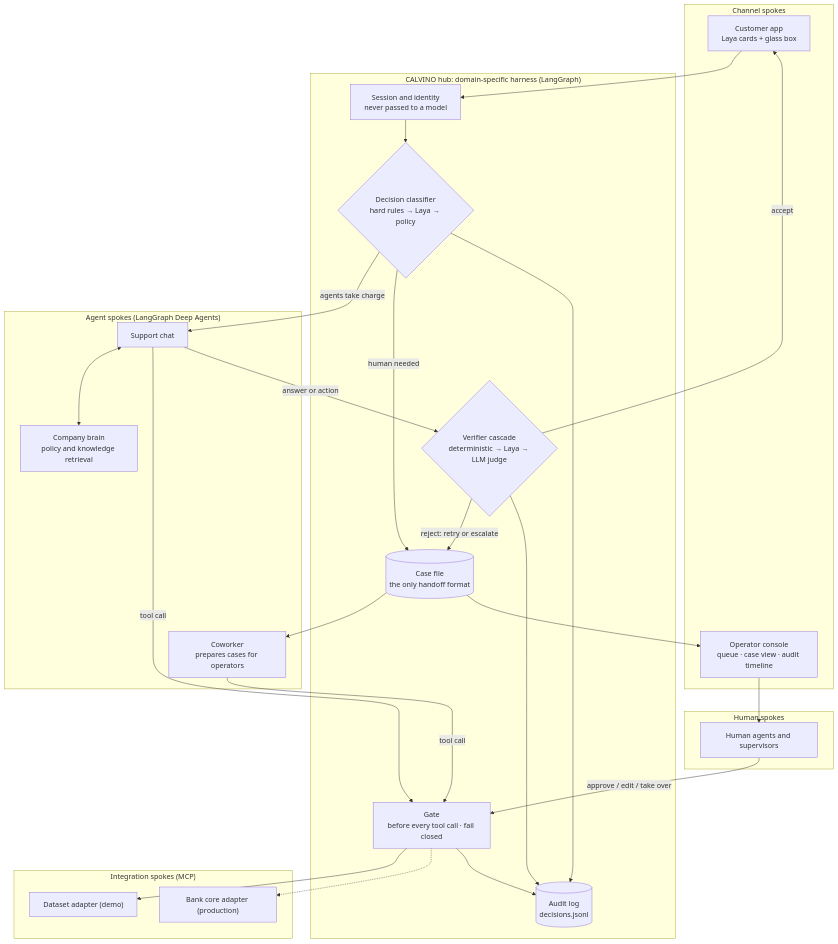
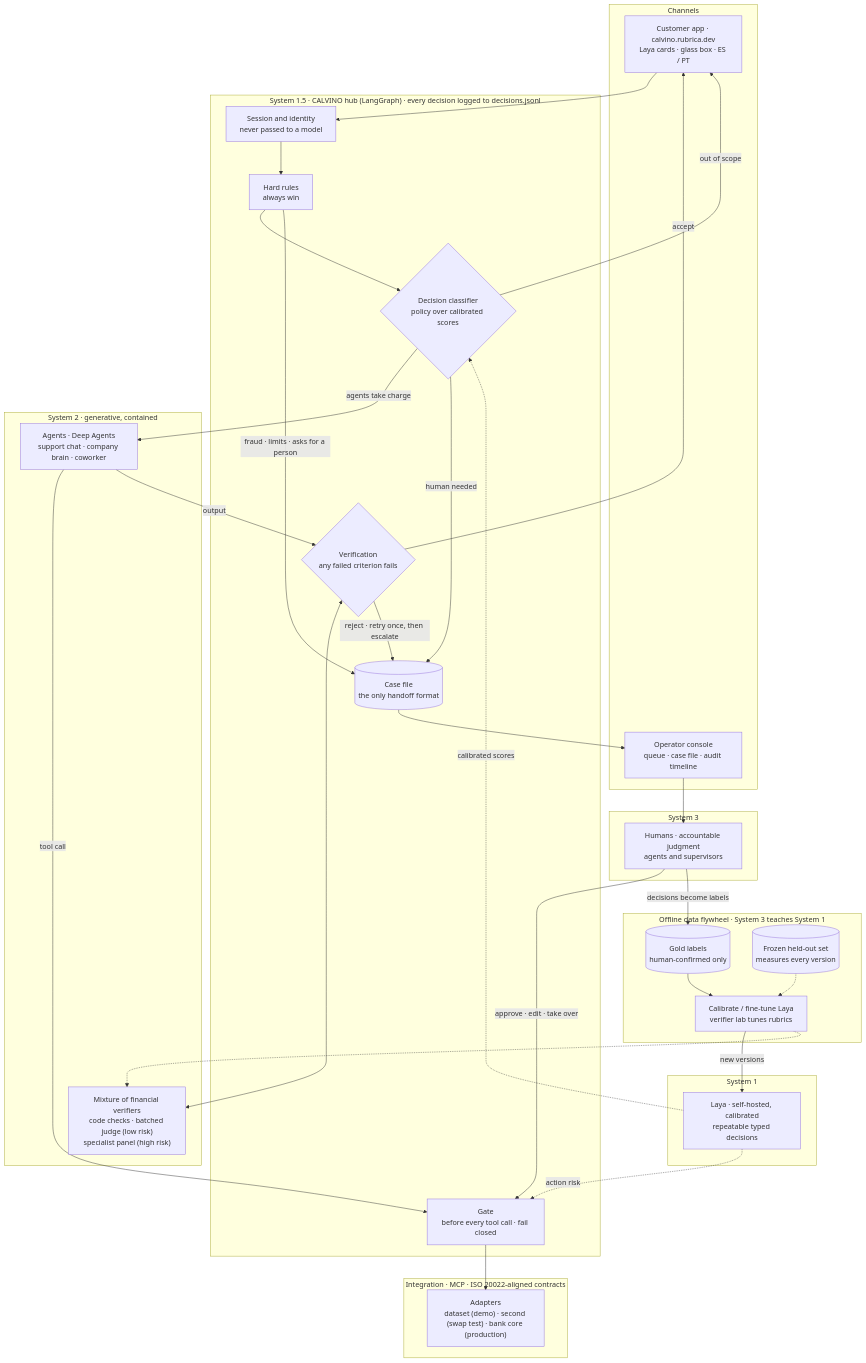
Before and after one commit to moebious/factored-hackathon-2026-calvino: the first of 2 diagrams in docs/DESIGN.md, drawn with Mermaid.

Commit message:
docs(design): show systems 1 to 3 in the architecture diagram
Replaces the hub diagram with one that shows Laya as System 1, the hub
as System 1.5, agents with the mixture of verifiers as System 2, humans
as System 3, MCP integration and the offline data flywheel.

````diff
--- a/docs/DESIGN.md
+++ b/docs/DESIGN.md
@@ -84,47 +84,59 @@
 ```mermaid
 flowchart TB
-    subgraph CH["Channel spokes"]
-        CA["Customer app<br/>Laya cards + glass box"]
-        OC["Operator console<br/>queue · case view · audit timeline"]
+    subgraph CH["Channels"]
+        CA["Customer app · calvino.rubrica.dev<br/>Laya cards · glass box · ES / PT"]
+        OC["Operator console<br/>queue · case file · audit timeline"]
     end
 
-    subgraph HUB["CALVINO hub: domain-specific harness (LangGraph)"]
+    subgraph S15["System 1.5 · CALVINO hub (LangGraph) · every decision logged to decisions.jsonl"]
         ID["Session and identity<br/>never passed to a model"]
-        DC{"Decision classifier<br/>hard rules → Laya → policy"}
+        HR["Hard rules<br/>always win"]
+        DC{"Decision classifier<br/>policy over calibrated scores"}
         GATE["Gate<br/>before every tool call · fail closed"]
-        VER{"Verifier cascade<br/>deterministic → Laya → LLM judge"}
+        VER{"Verification<br/>any failed criterion fails"}
         CASE[("Case file<br/>the only handoff format")]
-        LOG[("Audit log<br/>decisions.jsonl")]
     end
 
-    subgraph AG["Agent spokes (LangGraph Deep Agents)"]
-        SC["Support chat"]
-        CB["Company brain<br/>policy and knowledge retrieval"]
-        CW["Coworker<br/>prepares cases for operators"]
+    subgraph S1["System 1"]
+        LAYA["Laya · self-hosted, calibrated<br/>repeatable typed decisions"]
     end
 
-    subgraph HU["Human spokes"]
-        HA["Human agents and supervisors"]
+    subgraph S2["System 2 · generative, contained"]
+        AG["Agents · Deep Agents<br/>support chat · company brain · coworker"]
+        MV["Mixture of financial verifiers<br/>code checks · batched judge (low risk)<br/>specialist panel (high risk)"]
     end
 
-    subgraph INT["Integration spokes (MCP)"]
-        DSA["Dataset adapter (demo)"]
-        CORE["Bank core adapter (production)"]
+    subgraph S3["System 3"]
+        HA["Humans · accountable judgment<br/>agents and supervisors"]
     end
 
-    CA --> ID --> DC
-    DC -- "agents take charge" --> SC
+    subgraph INT["Integration · MCP · ISO 20022-aligned contracts"]
+        AD["Adapters<br/>dataset (demo) · second (swap test) · bank core (production)"]
+    end
+
+    subgraph FLY["Offline data flywheel · System 3 teaches System 1"]
+        GOLD[("Gold labels<br/>human-confirmed only")]
+        TUNE["Calibrate / fine-tune Laya<br/>verifier lab tunes rubrics"]
+        FROZEN[("Frozen held-out set<br/>measures every version")]
+    end
+
+    CA --> ID --> HR --> DC
+    LAYA -. "calibrated scores" .-> DC
+    LAYA -. "action risk" .-> GATE
+    DC -- "agents take charge" --> AG
+    DC -- "out of scope" --> CA
+    HR -- "fraud · limits · asks for a person" --> CASE
     DC -- "human needed" --> CASE
-    SC <--> CB
-    SC -- "tool call" --> GATE
-    CW -- "tool call" --> GATE
-    GATE --> DSA
-    GATE -.-> CORE
-    SC -- "answer or action" --> VER
+    AG -- "tool call" --> GATE --> AD
+    AG -- "output" --> VER
+    VER <--> MV
     VER -- "accept" --> CA
-    VER -- "reject: retry or escalate" --> CASE
-    CASE --> CW
+    VER -- "reject · retry once, then escalate" --> CASE
     CASE --> OC --> HA
-    HA -- "approve / edit / take over" --> GATE
-    DC & GATE & VER --> LOG
+    HA -- "approve · edit · take over" --> GATE
+    HA -- "decisions become labels" --> GOLD
+    GOLD --> TUNE
+    FROZEN -.-> TUNE
+    TUNE -- "new versions" --> LAYA
+    TUNE -.-> MV
 ```
````
